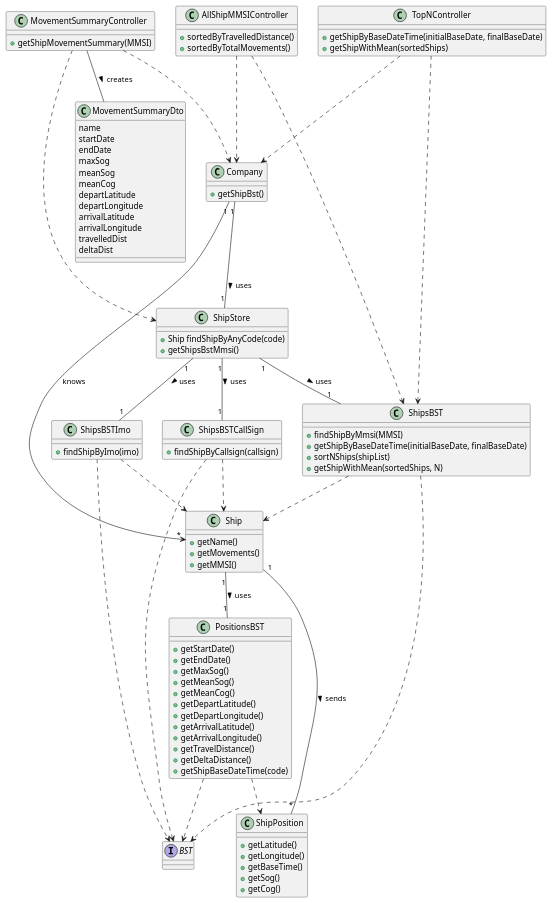
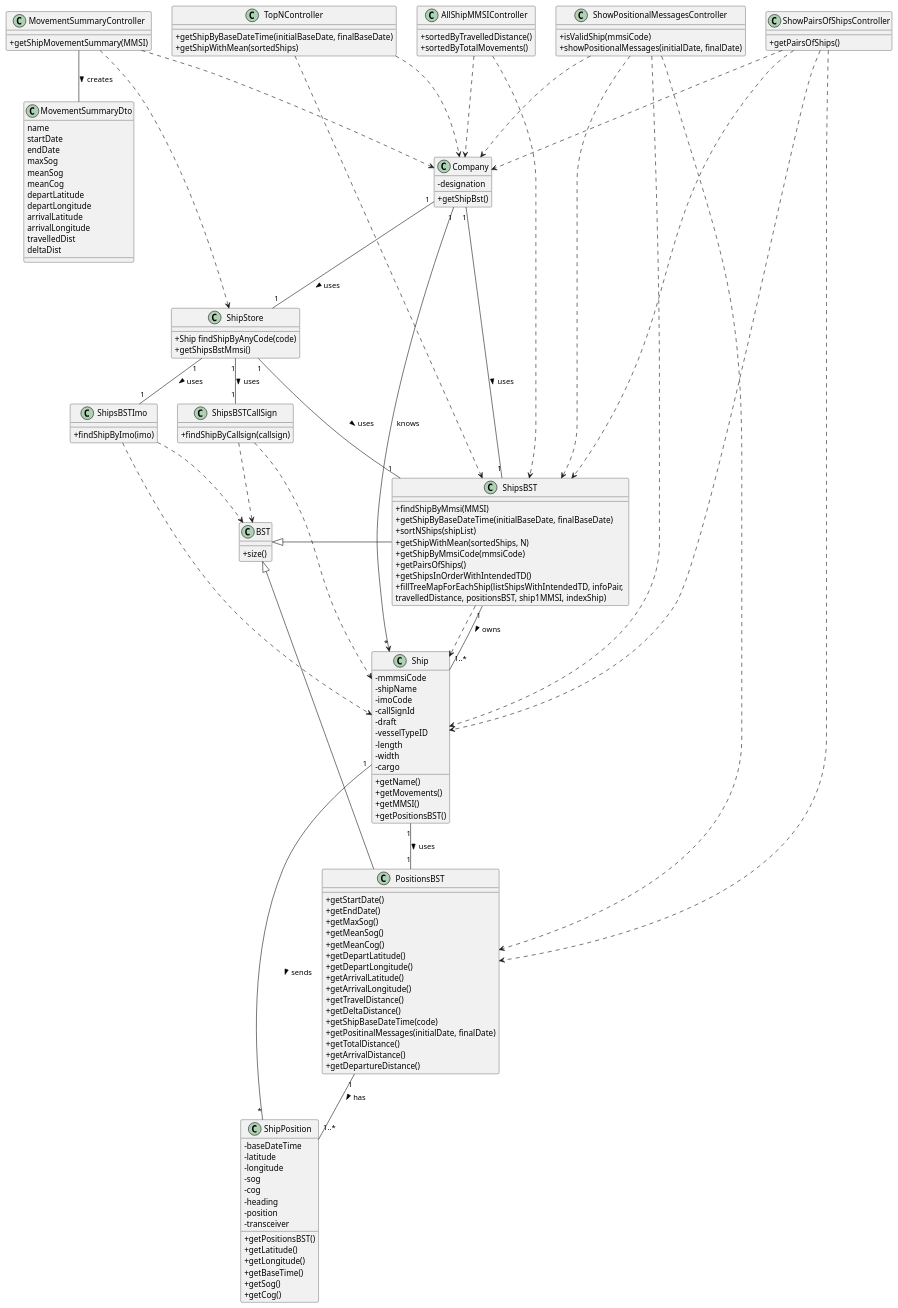
One commit to ana-albergaria/LAPR3-ISEP changed the diagram in docs/CD_General.puml. Above: the diagram before and after it, drawn with PlantUML. The commit also changed 6 other files, not shown here.

```diff
--- a/docs/CD_General.puml
+++ b/docs/CD_General.puml
@@ -1,112 +1,169 @@
 @startuml
 'https://plantuml.com/class-diagram
 
+skinparam classAttributeIconSize 0
 
 class Company{
+    -designation
     +getShipBst()
 }
-Interface BST{}
+class BST{
+    +size()
+}
+
 
 class Ship {
+    -mmmsiCode
+    -shipName
+    -imoCode
+    -callSignId
+    -draft
+    -vesselTypeID
+    -length
+    -width
+    -cargo
     +getName()
     +getMovements()
     +getMMSI()
+    +getPositionsBST()
 }
 
 class ShipsBST{
     +findShipByMmsi(MMSI)
     +getShipByBaseDateTime(initialBaseDate, finalBaseDate)
     +sortNShips(shipList)
     +getShipWithMean(sortedShips, N)
+    +getShipByMmsiCode(mmsiCode)
+    +getPairsOfShips()
+    +getShipsInOrderWithIntendedTD()
+    +fillTreeMapForEachShip(listShipsWithIntendedTD, infoPair, \ntravelledDistance, positionsBST, ship1MMSI, indexShip)
 }
 
 class ShipsBSTImo{
     +findShipByImo(imo)
 }
 class ShipsBSTCallSign{
      +findShipByCallsign(callsign)
  }
 
 class ShipStore{
    +Ship findShipByAnyCode(code)
    +getShipsBstMmsi()
 }
 class ShipPosition{
+    -baseDateTime
+    -latitude
+    -longitude
+    -sog
+    -cog
+    -heading
+    -position
+    -transceiver
+    +getPositionsBST()
     +getLatitude()
     +getLongitude()
     +getBaseTime()
     +getSog()
     +getCog()
 }
 
 class PositionsBST {
     +getStartDate()
     +getEndDate()
     +getMaxSog()
     +getMeanSog()
     +getMeanCog()
     +getDepartLatitude()
     +getDepartLongitude()
     +getArrivalLatitude()
     +getArrivalLongitude()
     +getTravelDistance()
     +getDeltaDistance()
     +getShipBaseDateTime(code)
+    +getPositinalMessages(initialDate, finalDate)
+    +getTotalDistance()
+    +getArrivalDistance()
+    +getDepartureDistance()
 }
 
 
 class MovementSummaryController {
 +getShipMovementSummary(MMSI)
 }
 
 class MovementSummaryDto{
     name
     startDate
     endDate
     maxSog
     meanSog
     meanCog
     departLatitude
     departLongitude
     arrivalLatitude
     arrivalLongitude
     travelledDist
     deltaDist
 }
 
 class AllShipMMSIController {
     +sortedByTravelledDistance()
     +sortedByTotalMovements()
 }
 
 class TopNController {
     +getShipByBaseDateTime(initialBaseDate, finalBaseDate)
     +getShipWithMean(sortedShips)
 }
 
+class ShowPositionalMessagesController {
+    +isValidShip(mmsiCode)
+    +showPositionalMessages(initialDate, finalDate)
+}
+
+class ShowPairsOfShipsController {
+    +getPairsOfShips()
+}
 
 MovementSummaryController ..> Company
 MovementSummaryController ..> ShipStore
 MovementSummaryController -- MovementSummaryDto: creates >
 Company "1" --> "*" Ship : knows
 Company "1" -- "1" ShipStore : uses >
 ShipStore "1" -- "1" ShipsBSTCallSign : uses >
 ShipStore "1" -- "1" ShipsBST : uses >
 ShipStore "1" -- "1" ShipsBSTImo : uses >
 ShipsBST ..> Ship
 ShipsBSTImo ..> Ship
 ShipsBSTCallSign ..> Ship
 Ship "1" -- "*" ShipPosition : sends >
 Ship "1" -- "1" PositionsBST : uses >
-PositionsBST ..> ShipPosition
-ShipsBST ..> BST
+/'PositionsBST ..> ShipPosition'/
+/'ShipsBST ..> BST'/
 ShipsBSTImo ..> BST
 ShipsBSTCallSign ..> BST
-PositionsBST ..> BST
+/'PositionsBST ..> BST'/
 AllShipMMSIController ..> ShipsBST
 AllShipMMSIController ..> Company
 TopNController ..> ShipsBST
 TopNController ..> Company
+/'US103'/
+Company "1" -- "1" ShipsBST : uses >
+ShipsBST "1" -- "1..*" Ship : owns >
+/'Ship "1" -- "1" PositionsBST : uses >'/
+PositionsBST "1" -- "1..*" ShipPosition : has >
+ShowPositionalMessagesController ..> Company
+ShowPositionalMessagesController ..> ShipsBST
+ShowPositionalMessagesController ..> Ship
+ShowPositionalMessagesController ..> PositionsBST
+/'US107'/
+ShowPairsOfShipsController ..> Company
+ShowPairsOfShipsController ..> ShipsBST
+ShowPairsOfShipsController ..> Ship
+ShowPairsOfShipsController ..> PositionsBST
+
+BST <|- PositionsBST
+BST <|- ShipsBST
 
 
 @enduml
```
